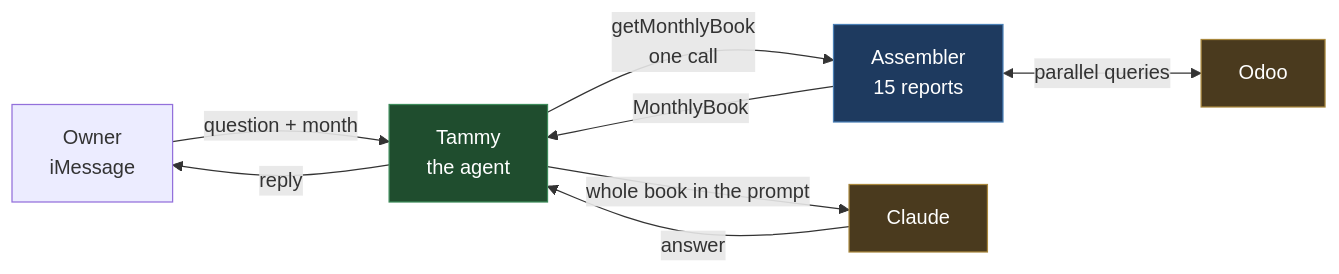
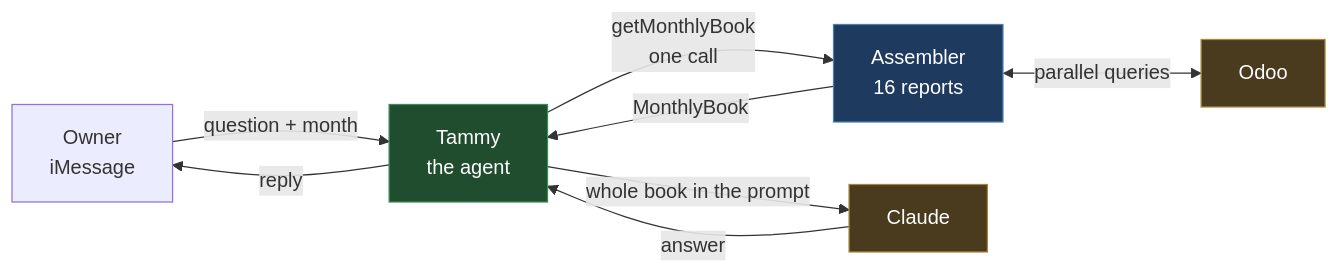
Before and after one commit to Patcast/terac_hackathon_patrcio: the first of 6 diagrams in docs/architecture_phase1.md, drawn with Mermaid. The commit also changed other lines of this file and 141 other files, not shown here.

````diff
--- a/docs/architecture_phase1.md
+++ b/docs/architecture_phase1.md
@@ -33,15 +33,15 @@
 ```mermaid
 flowchart LR
     C["Owner<br/>iMessage"] -->|"question + month"| T["Tammy<br/>the agent"]
-    T -->|"getMonthlyBook<br/>one call"| A["Assembler<br/>15 reports"]
+    T -->|"getMonthlyBook<br/>one call"| A["Assembler<br/>16 reports"]
     A <-->|"parallel queries"| O["Odoo"]
     A -->|"MonthlyBook"| T
     T -->|"whole book in the prompt"| K["Claude"]
     K -->|"answer"| T
     T -->|"reply"| C
 
     style T fill:#1f4d2e,stroke:#3d8b5a,color:#fff
     style A fill:#1e3a5f,stroke:#4a7fb5,color:#fff
     style K fill:#4a3a1e,stroke:#a8873d,color:#fff
     style O fill:#4a3a1e,stroke:#a8873d,color:#fff
 ```
````
